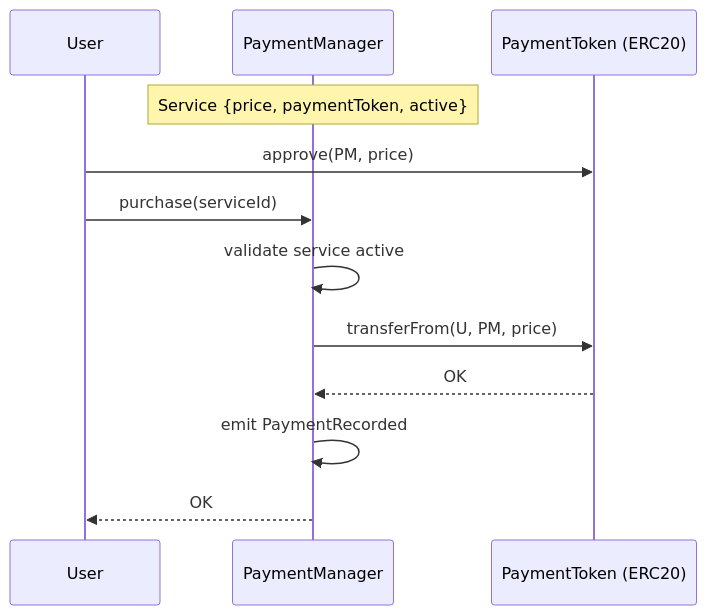
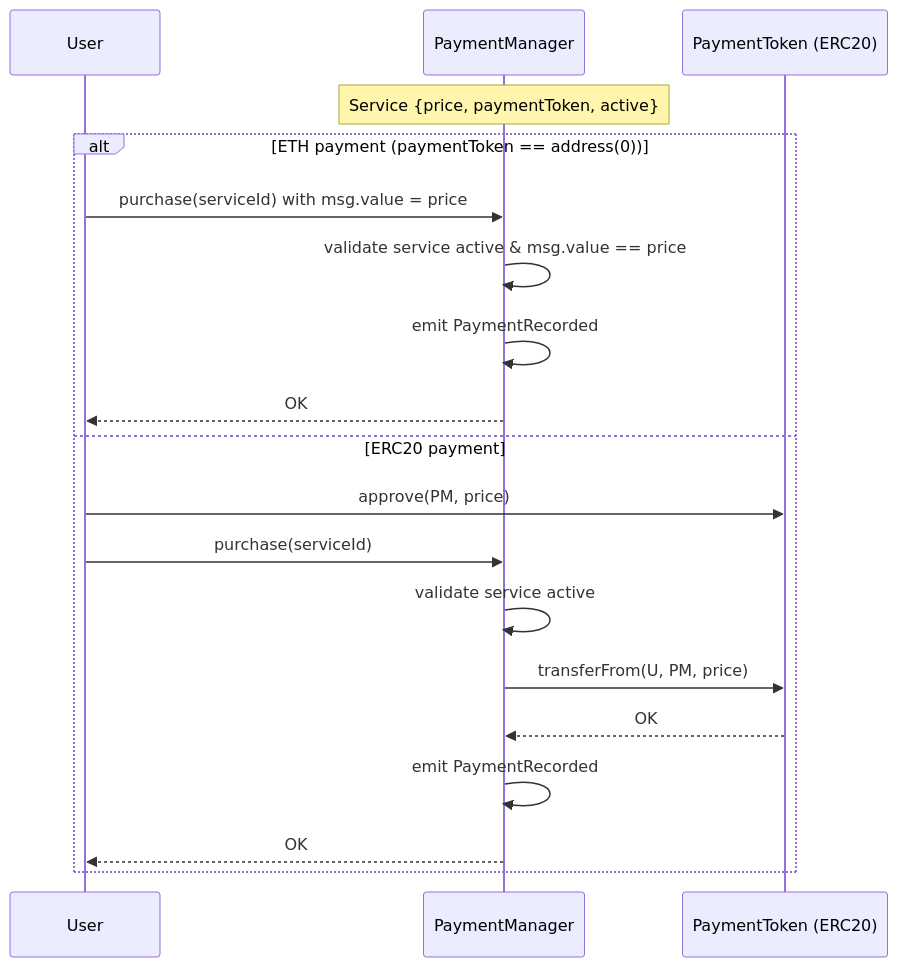
The second of 4 diagrams in PaymentManager-TechnicalSpec.md (PerpetualOrganizationArchitect/POP), drawn with Mermaid before and after one commit. The commit also changed other lines of this file, not shown here.

First line of the commit message:
Refactor: Re-add native ETH payment support

````diff
--- a/PaymentManager-TechnicalSpec.md
+++ b/PaymentManager-TechnicalSpec.md
@@ -195,15 +199,22 @@
 ```mermaid
 sequenceDiagram
     participant U as User
     participant PM as PaymentManager
     participant PT as PaymentToken (ERC20)
     Note over PM: Service {price, paymentToken, active}
 
-    U->>PT: approve(PM, price)
-    U->>PM: purchase(serviceId)
-    PM->>PM: validate service active
-    PM->>PT: transferFrom(U, PM, price)
-    PT-->>PM: OK
-    PM->>PM: emit PaymentRecorded
-    PM-->>U: OK
+    alt ETH payment (paymentToken == address(0))
+      U->>PM: purchase(serviceId) with msg.value = price
+      PM->>PM: validate service active & msg.value == price
+      PM->>PM: emit PaymentRecorded
+      PM-->>U: OK
+    else ERC20 payment
+      U->>PT: approve(PM, price)
+      U->>PM: purchase(serviceId)
+      PM->>PM: validate service active
+      PM->>PT: transferFrom(U, PM, price)
+      PT-->>PM: OK
+      PM->>PM: emit PaymentRecorded
+      PM-->>U: OK
+    end
 ```
````
